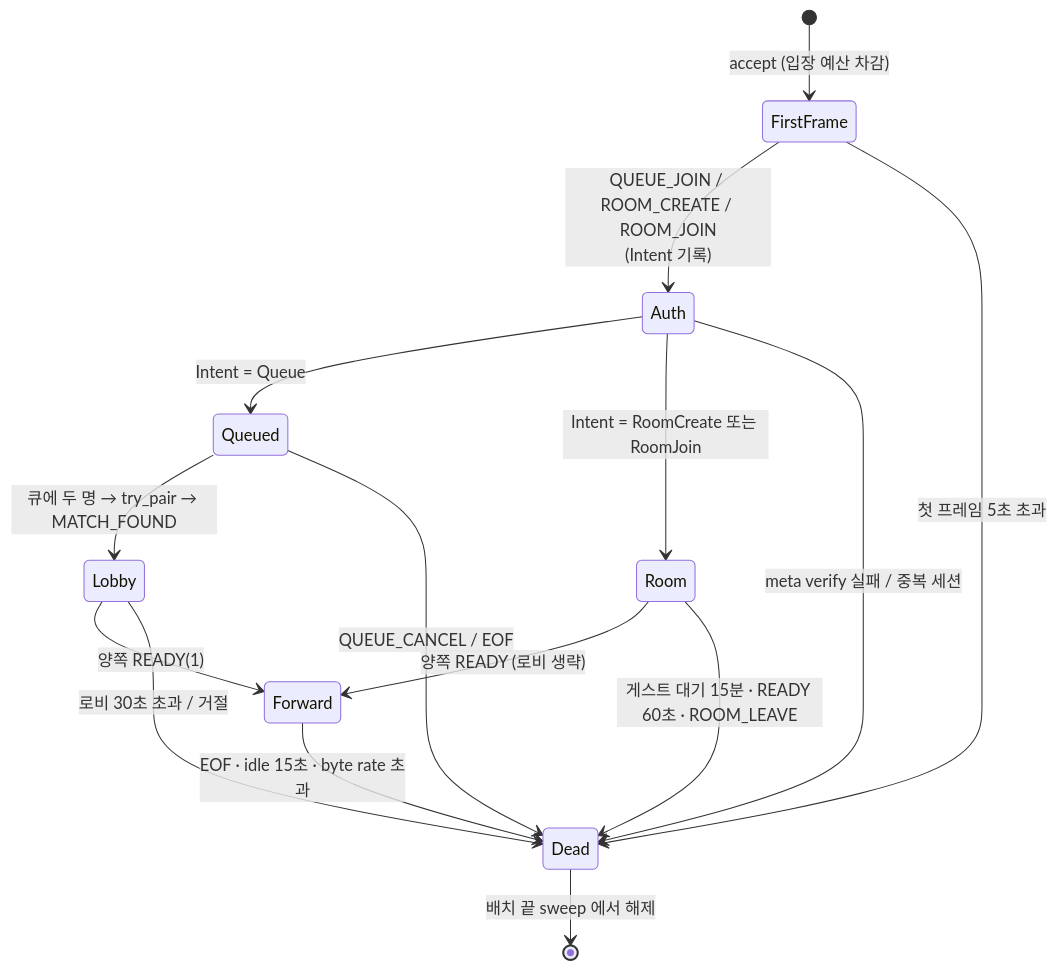
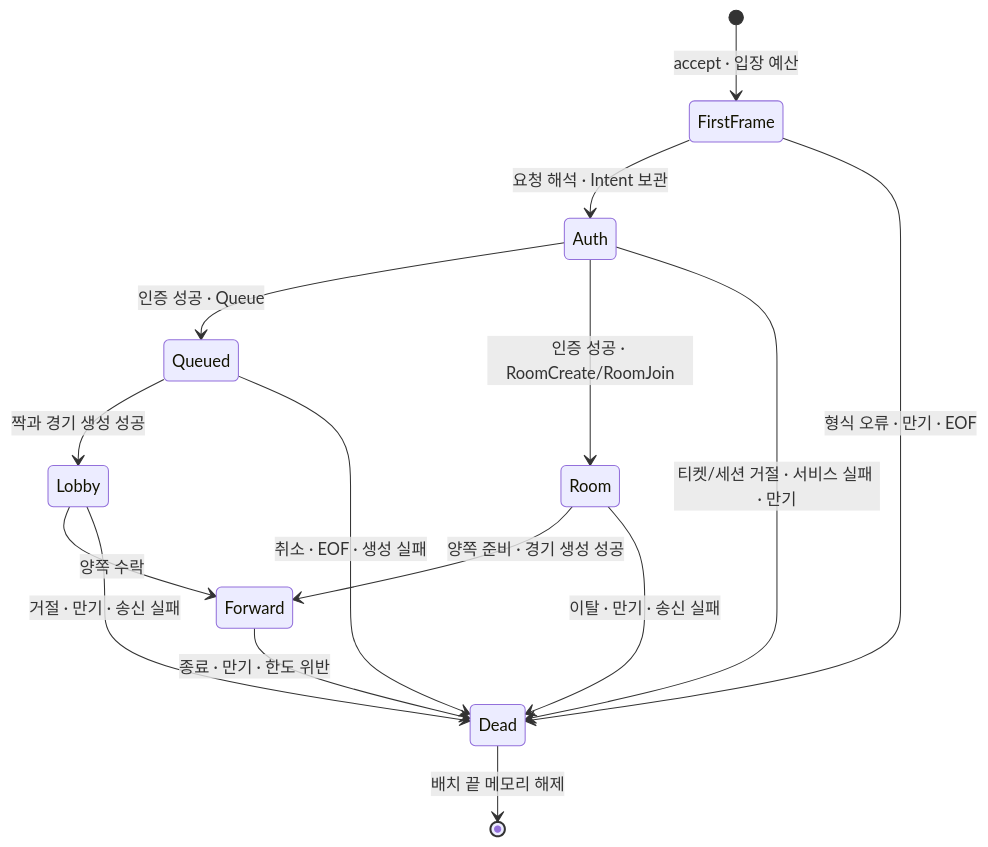
Before and after one commit to Rein-ArXiv/Tetris-Multiplayer-RL: the third of 5 diagrams in docs/blog/part14-event-loop-scaling.md, drawn with Mermaid. The commit also changed other lines of this file and 51035 other files, not shown here.

````diff
--- a/docs/blog/part14-event-loop-scaling.md
+++ b/docs/blog/part14-event-loop-scaling.md
@@ -1947,17 +2046,17 @@
 ```mermaid
 stateDiagram-v2
-    [*] --> FirstFrame: accept (입장 예산 차감)
-    FirstFrame --> Auth: QUEUE_JOIN / ROOM_CREATE / ROOM_JOIN<br/>(Intent 기록)
-    Auth --> Queued: Intent = Queue
-    Auth --> Room: Intent = RoomCreate 또는 RoomJoin
-    Queued --> Lobby: 큐에 두 명 → try_pair → MATCH_FOUND
-    Lobby --> Forward: 양쪽 READY(1)
-    Room --> Forward: 양쪽 READY (로비 생략)
-    FirstFrame --> Dead: 첫 프레임 5초 초과
-    Auth --> Dead: meta verify 실패 / 중복 세션
-    Queued --> Dead: QUEUE_CANCEL / EOF
-    Room --> Dead: 게스트 대기 15분 · READY 60초 · ROOM_LEAVE
-    Lobby --> Dead: 로비 30초 초과 / 거절
-    Forward --> Dead: EOF · idle 15초 · byte rate 초과
-    Dead --> [*]: 배치 끝 sweep 에서 해제
+    [*] --> FirstFrame: accept · 입장 예산
+    FirstFrame --> Auth: 요청 해석 · Intent 보관
+    Auth --> Queued: 인증 성공 · Queue
+    Auth --> Room: 인증 성공 · RoomCreate/RoomJoin
+    Queued --> Lobby: 짝과 경기 생성 성공
+    Lobby --> Forward: 양쪽 수락
+    Room --> Forward: 양쪽 준비 · 경기 생성 성공
+    FirstFrame --> Dead: 형식 오류 · 만기 · EOF
+    Auth --> Dead: 티켓/세션 거절 · 서비스 실패 · 만기
+    Queued --> Dead: 취소 · EOF · 생성 실패
+    Room --> Dead: 이탈 · 만기 · 송신 실패
+    Lobby --> Dead: 거절 · 만기 · 송신 실패
+    Forward --> Dead: 종료 · 만기 · 한도 위반
+    Dead --> [*]: 배치 끝 메모리 해제
 ```
````
